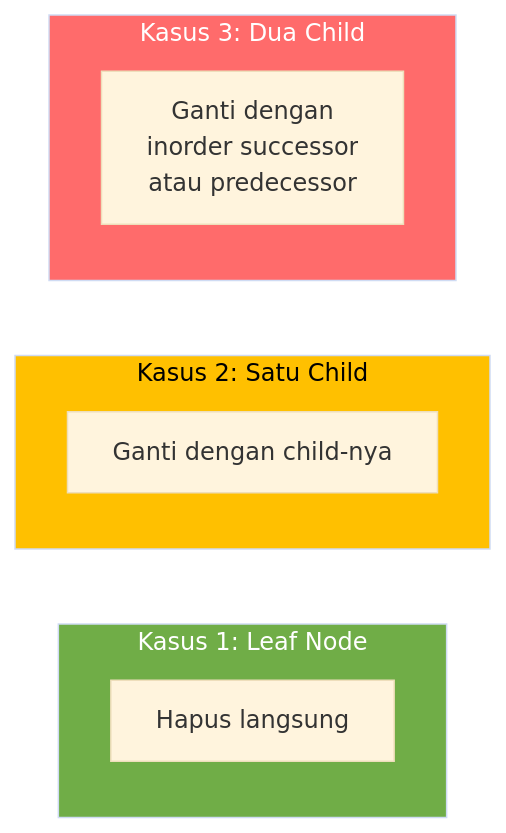
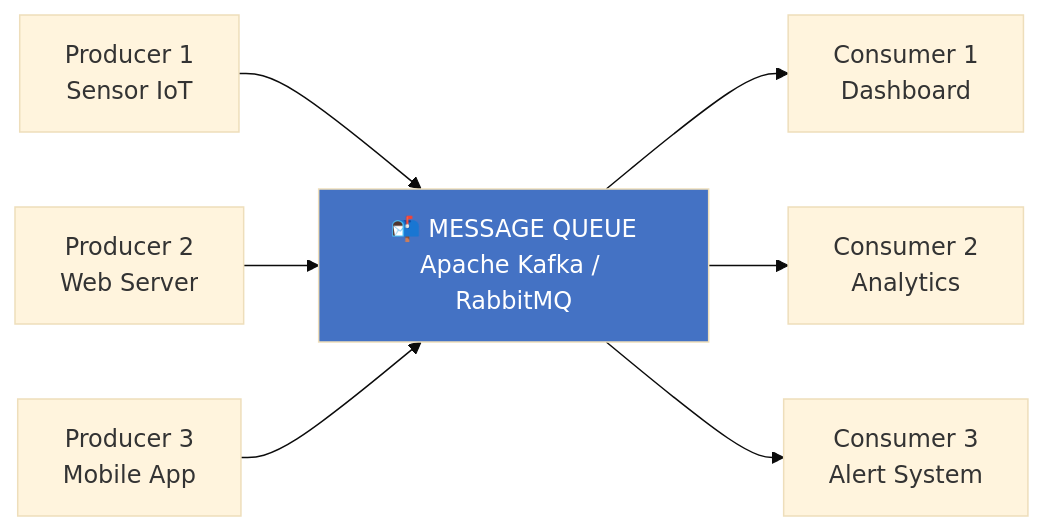
Before and after one commit to aidilsaputrakirsan/webVisualisasi: diagram 12 of 15 in materi-baru.md, drawn with Mermaid (base theme). The commit also changed other lines of this file and 56 other files, not shown here.

````diff
--- a/materi-baru.md
+++ b/materi-baru.md
@@ -341,18 +624,12 @@
 ```mermaid
 flowchart LR
-    subgraph CASE1 [Kasus 1: Leaf Node]
-        C1[Hapus langsung]
-    end
+    P1[Producer 1<br/>Sensor IoT] --> Q[📬 MESSAGE QUEUE<br/>Apache Kafka / RabbitMQ]
+    P2[Producer 2<br/>Web Server] --> Q
+    P3[Producer 3<br/>Mobile App] --> Q
     
-    subgraph CASE2 [Kasus 2: Satu Child]
-        C2[Ganti dengan child-nya]
-    end
+    Q --> C1[Consumer 1<br/>Dashboard]
+    Q --> C2[Consumer 2<br/>Analytics]
+    Q --> C3[Consumer 3<br/>Alert System]
     
-    subgraph CASE3 [Kasus 3: Dua Child]
-        C3[Ganti dengan<br/>inorder successor<br/>atau predecessor]
-    end
-    
-    style CASE1 fill:#70AD47,color:#fff
-    style CASE2 fill:#FFC000,color:#000
-    style CASE3 fill:#FF6B6B,color:#fff
+    style Q fill:#4472C4,color:#fff
 ```
````
